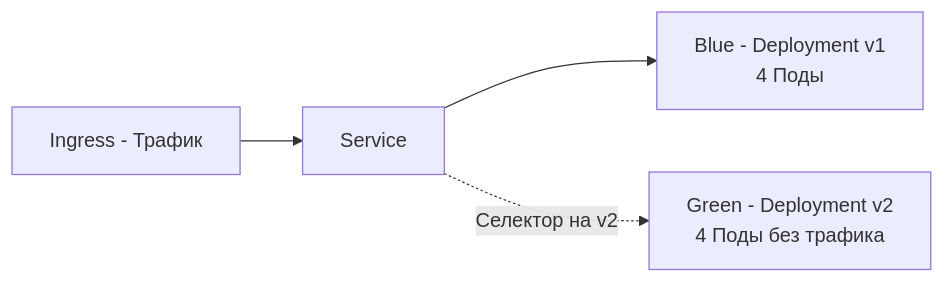
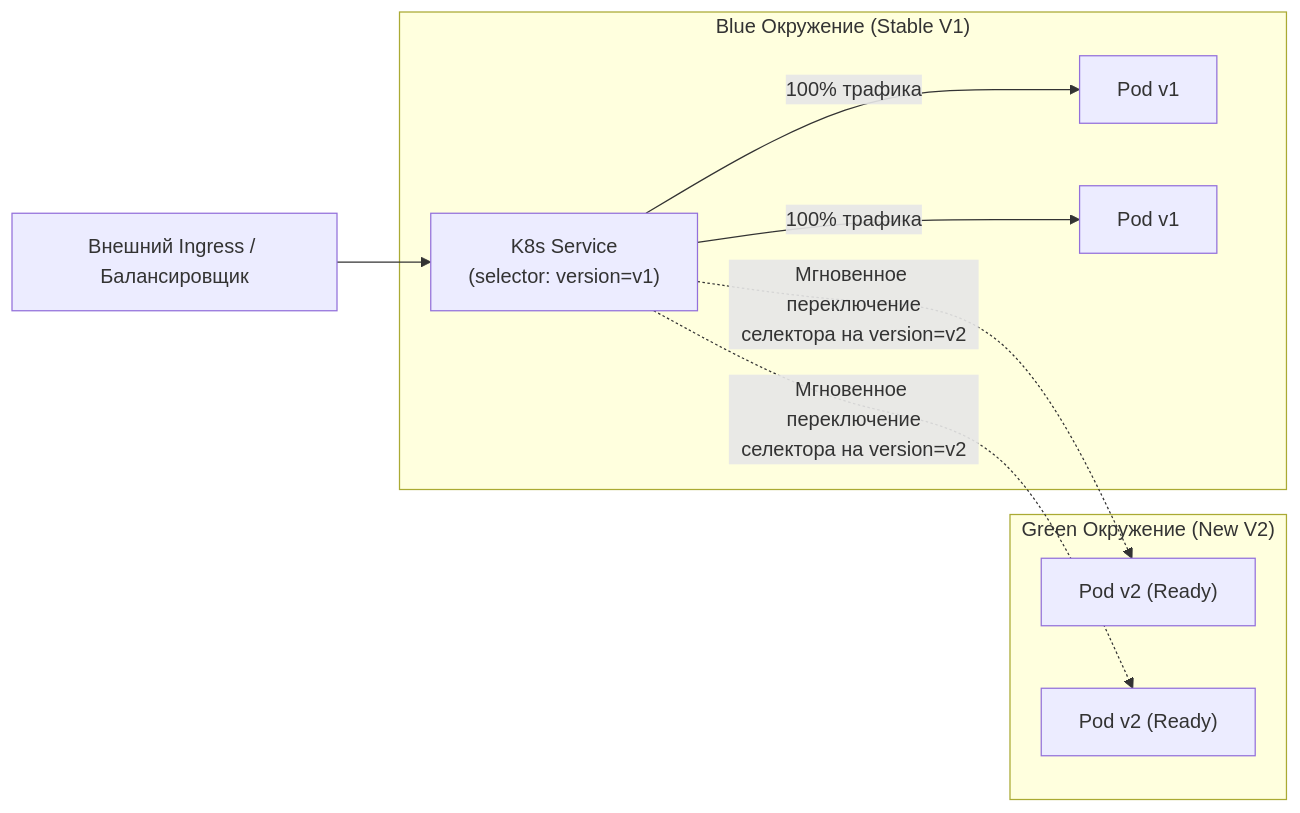
Before and after one commit to UnrealTemplier/go-textbook: the first of 3 diagrams in sources/19. Инфраструктура. Linux, nginx, Docker, Kubernetes/05. Практика/3. Canary и blue green deploy.md, drawn with Mermaid. The commit also changed other lines of this file, not shown here.

Commit message:
feat(module-19): editorial rewrite of 05.3 Canary and blue green deploy in Kernighan style

````diff
--- a/sources/19. Инфраструктура. Linux, nginx, Docker, Kubernetes/05. Практика/3. Canary и blue green deploy.md
+++ b/sources/19. Инфраструктура. Linux, nginx, Docker, Kubernetes/05. Практика/3. Canary и blue green deploy.md
@@ -16,7 +23,17 @@
 ```mermaid
 flowchart LR
-    A["Ingress - Трафик"] --> B["Service"]
-    B --> C["Blue - Deployment v1<br>4 Поды"]
-    D["Green - Deployment v2<br>4 Поды без трафика"]
-    B -.->|"Селектор на v2"| D
+    Ingress["Внешний Ingress / Балансировщик"] --> Svc["K8s Service\n(selector: version=v1)"]
+    
+    subgraph BlueEnv["Blue Окружение (Stable V1)"]
+        Svc -->|"100% трафика"| P1["Pod v1"]
+        Svc -->|"100% трафика"| P2["Pod v1"]
+    end
+    
+    subgraph GreenEnv["Green Окружение (New V2)"]
+        P3["Pod v2 (Ready)"]
+        P4["Pod v2 (Ready)"]
+    end
+    
+    Svc -.->|"Мгновенное переключение<br>селектора на version=v2"| P3
+    Svc -.->|"Мгновенное переключение<br>селектора на version=v2"| P4
 ```
````
